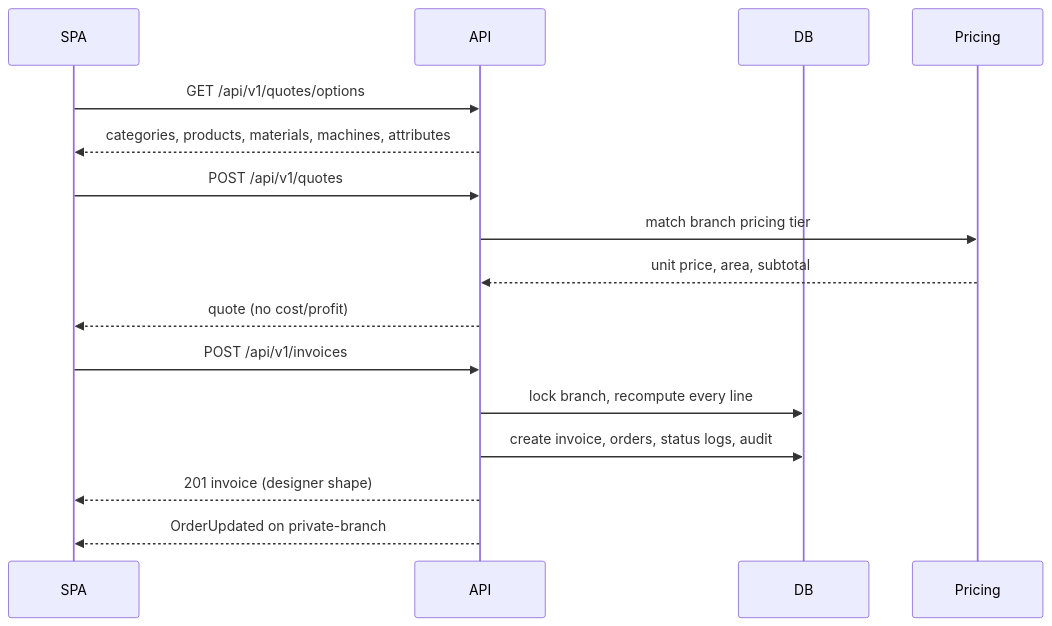
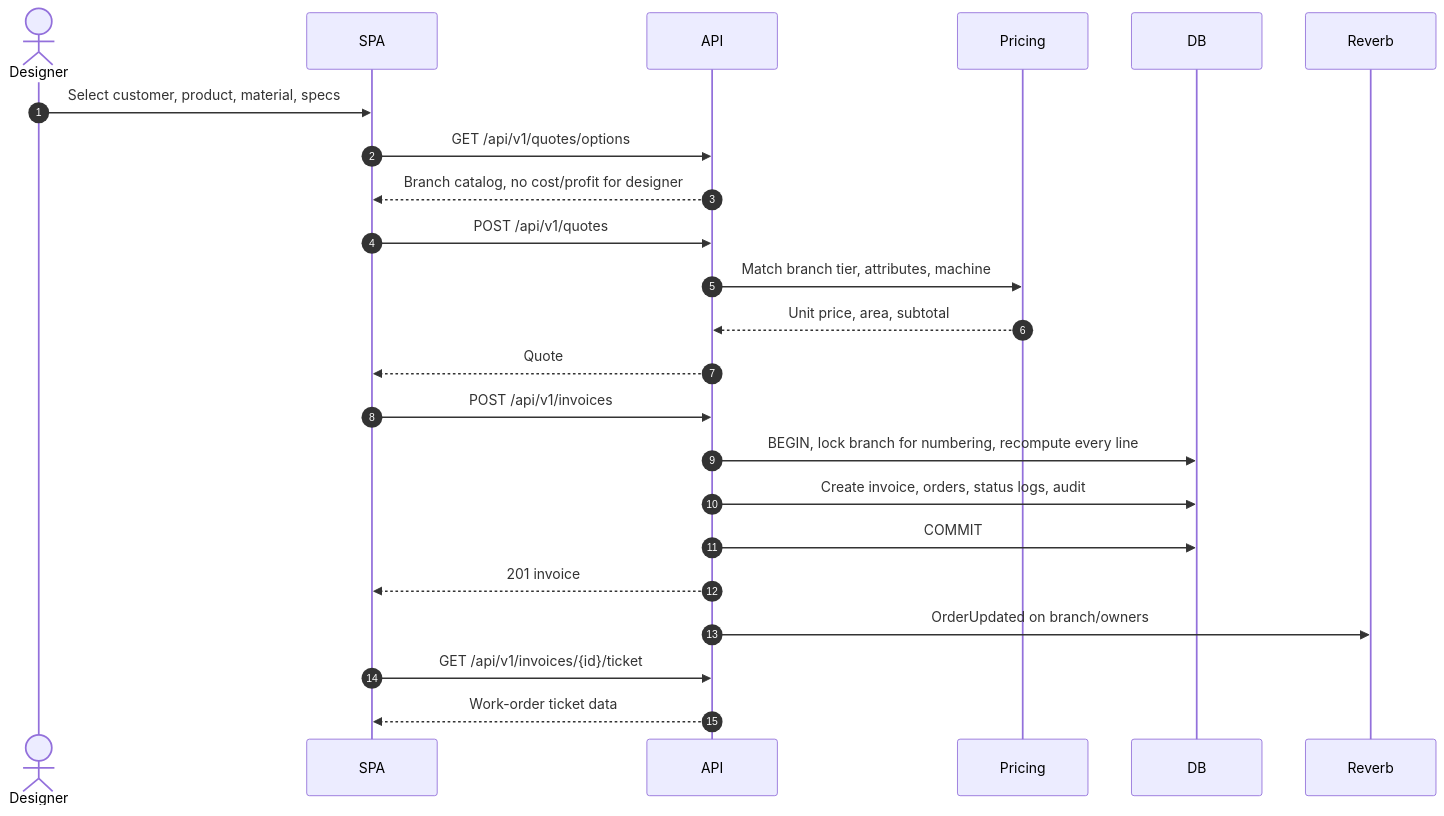
Before and after one commit to Arukast/pos_alja: the fifth of 21 diagrams in docs/architecture/sequence-diagrams.md, drawn with Mermaid. The commit also changed other lines of this file, not shown here.

Commit message:
docs: expand sequence diagrams for target flows (#43)

````diff
--- a/docs/architecture/sequence-diagrams.md
+++ b/docs/architecture/sequence-diagrams.md
@@ -25,19 +112,26 @@
 ```mermaid
 sequenceDiagram
+    autonumber
+    actor D as Designer
     participant SPA
     participant API
+    participant Pricing
     participant DB
-    participant Pricing
+    participant R as Reverb
 
+    D->>SPA: Select customer, product, material, specs
     SPA->>API: GET /api/v1/quotes/options
-    API-->>SPA: categories, products, materials, machines, attributes
+    API-->>SPA: Branch catalog, no cost/profit for designer
     SPA->>API: POST /api/v1/quotes
-    API->>Pricing: match branch pricing tier
-    Pricing-->>API: unit price, area, subtotal
-    API-->>SPA: quote (no cost/profit)
+    API->>Pricing: Match branch tier, attributes, machine
+    Pricing-->>API: Unit price, area, subtotal
+    API-->>SPA: Quote
     SPA->>API: POST /api/v1/invoices
-    API->>DB: lock branch, recompute every line
-    API->>DB: create invoice, orders, status logs, audit
-    API-->>SPA: 201 invoice (designer shape)
-    API-->>SPA: OrderUpdated on private-branch
+    API->>DB: BEGIN, lock branch for numbering, recompute every line
+    API->>DB: Create invoice, orders, status logs, audit
+    API->>DB: COMMIT
+    API-->>SPA: 201 invoice
+    API->>R: OrderUpdated on branch/owners
+    SPA->>API: GET /api/v1/invoices/{id}/ticket
+    API-->>SPA: Work-order ticket data
 ```
````
